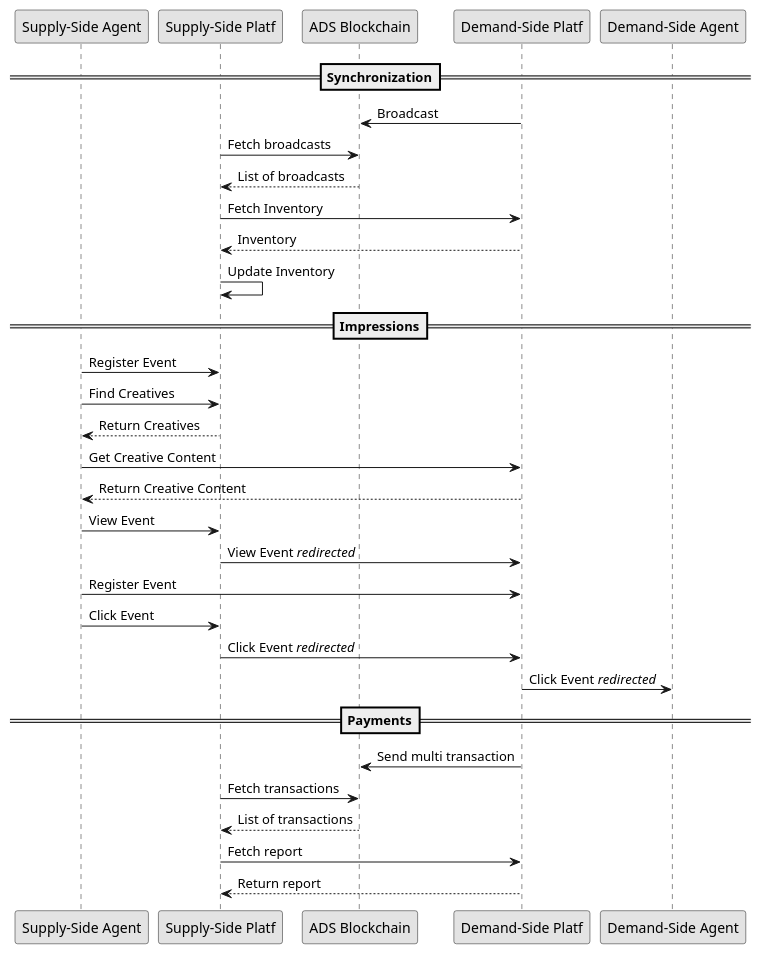
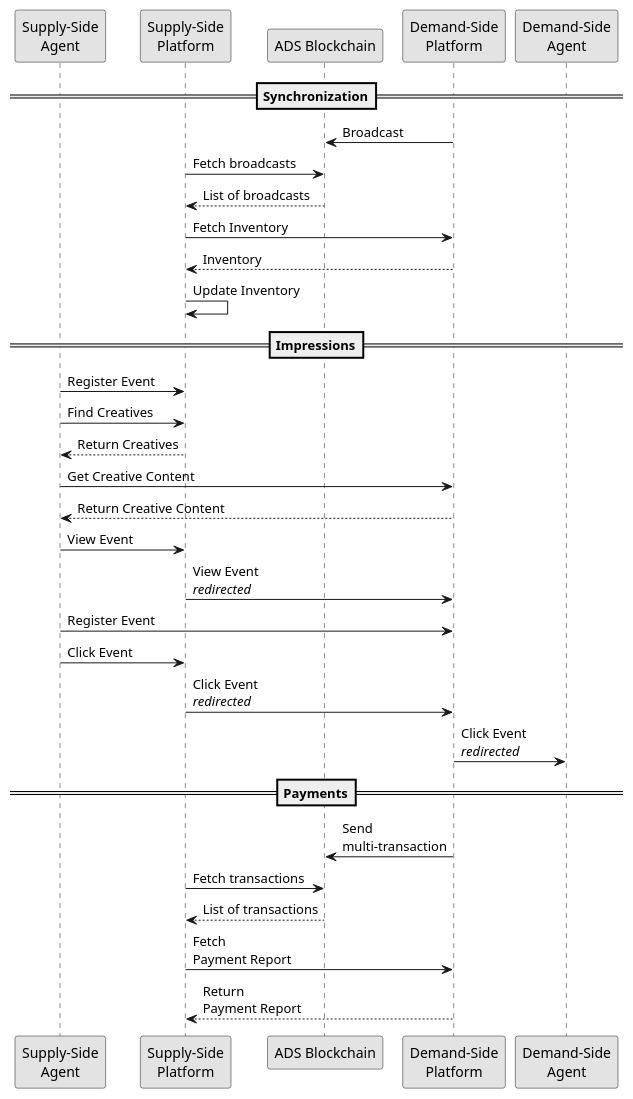
One commit to adshares/adshares-docs changed the diagram in protocol/index.rst. Above: the diagram before and after it, drawn with PlantUML. The commit also changed other lines of this file and 14 other files, not shown here.

Commit message:
diagrams & PNGs

```diff
--- a/protocol/index.rst
+++ b/protocol/index.rst
@@ -21,45 +21,45 @@
 .. uml::
     :align: center
 
     skinparam monochrome true
 
-    participant "Supply-Side Agent"     as SSA
-    participant "Supply-Side Platf"     as SSP
-    participant "ADS Blockchain"        as blockchain
-    participant "Demand-Side Platf"     as DSP
-    participant "Demand-Side Agent"     as DSA
+    participant "Supply-Side\nAgent"        as SSA
+    participant "Supply-Side\nPlatform"     as SSP
+    participant "ADS Blockchain"            as blockchain
+    participant "Demand-Side\nPlatform"     as DSP
+    participant "Demand-Side\nAgent"        as DSA
     
     ==Synchronization==
 
     DSP -> blockchain: Broadcast
     SSP -> blockchain: Fetch broadcasts
     blockchain --> SSP: List of broadcasts
     SSP -> DSP : Fetch Inventory
     DSP --> SSP: Inventory
     SSP -> SSP: Update Inventory
 
     ==Impressions==
 
     SSA -> SSP : Register Event
 
     SSA -> SSP : Find Creatives
     SSP --> SSA : Return Creatives
 
     SSA -> DSP : Get Creative Content
     DSP --> SSA : Return Creative Content
 
     SSA -> SSP: View Event
-    SSP -> DSP: View Event //redirected//
+    SSP -> DSP: View Event\n//redirected//
     SSA -> DSP : Register Event
 
     SSA -> SSP : Click Event
-    SSP -> DSP : Click Event //redirected//
-    DSP -> DSA : Click Event //redirected//
+    SSP -> DSP : Click Event\n//redirected//
+    DSP -> DSA : Click Event\n//redirected//
 
     ==Payments==
 
-    DSP -> blockchain: Send multi transaction
+    DSP -> blockchain: Send\nmulti-transaction
     SSP -> blockchain: Fetch transactions
     blockchain --> SSP: List of transactions
-    SSP -> DSP: Fetch report
-    DSP --> SSP: Return report
+    SSP -> DSP: Fetch\nPayment Report
+    DSP --> SSP: Return\nPayment Report
```
